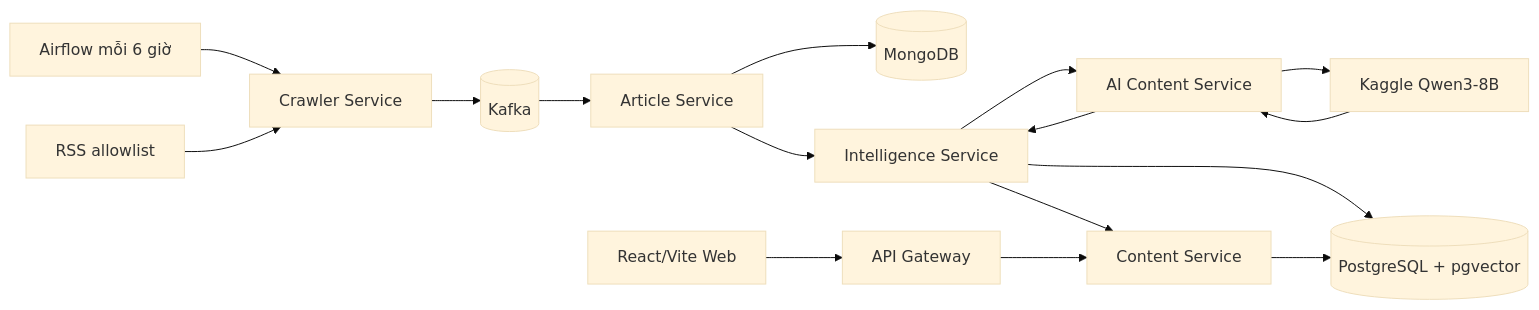
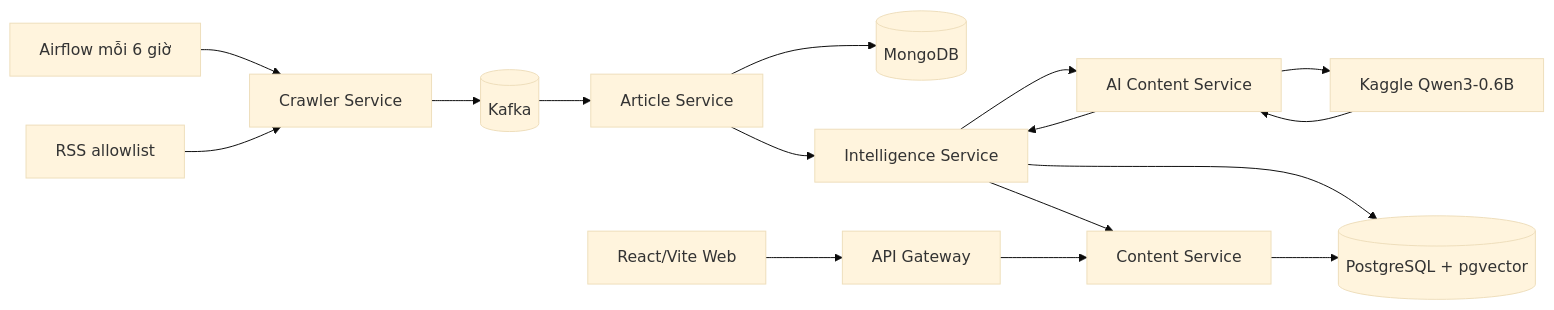
Before and after one commit to marvinphung/project3: the first of 2 diagrams in docs/architecture.md, drawn with Mermaid (base theme). The commit also changed other lines of this file and 44 other files, not shown here.

First line of the commit message:
feat: connect production news flow to public UI

````diff
--- a/docs/architecture.md
+++ b/docs/architecture.md
@@ -12,18 +12,18 @@
 ```mermaid
 flowchart LR
     AF[Airflow mỗi 6 giờ] --> CR[Crawler Service]
     RSS[RSS allowlist] --> CR
     CR --> K[(Kafka)]
     K --> AR[Article Service]
     AR --> M[(MongoDB)]
     AR --> IN[Intelligence Service]
     IN --> AI[AI Content Service]
-    AI --> KG[Kaggle Qwen3-8B]
+    AI --> KG[Kaggle Qwen3-0.6B]
     KG --> AI
     AI --> IN
     IN --> PG[(PostgreSQL + pgvector)]
     IN --> CO[Content Service]
     CO --> PG
     GW[API Gateway] --> CO
     WEB[React/Vite Web] --> GW
 ```
````
